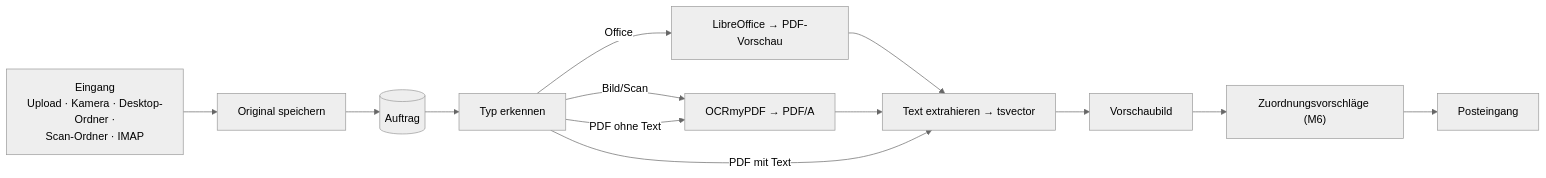
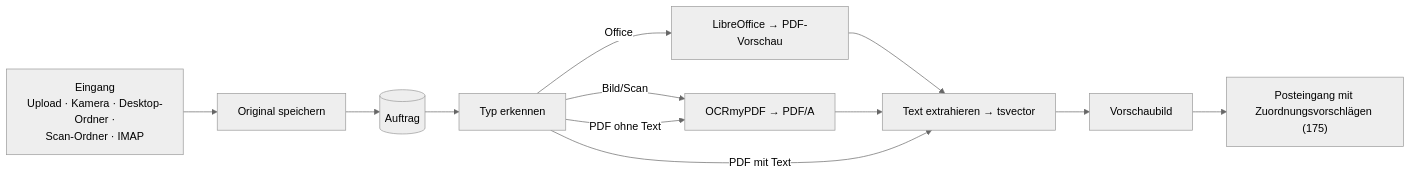
One commit to eckis-corner/myDocs changed the third of 5 diagrams in docs/architektur.md. Above: the diagram before and after it, drawn with Mermaid (neutral theme). The commit also changed other lines of this file and 37 other files, not shown here.

````diff
--- a/docs/architektur.md
+++ b/docs/architektur.md
@@ -132,15 +132,14 @@
 ```mermaid
 flowchart LR
     IN["Eingang<br/>Upload · Kamera · Desktop-Ordner ·<br/>Scan-Ordner · IMAP"] --> ST["Original speichern"]
     ST --> Q[("Auftrag")]
     Q --> W1["Typ erkennen"]
     W1 -->|Office| W2["LibreOffice → PDF-Vorschau"]
     W1 -->|Bild/Scan| W3["OCRmyPDF → PDF/A"]
     W1 -->|PDF ohne Text| W3
     W2 --> W4["Text extrahieren → tsvector"]
     W3 --> W4
     W1 -->|PDF mit Text| W4
     W4 --> W5["Vorschaubild"]
-    W5 --> W6["Zuordnungsvorschläge (M6)"]
-    W6 --> PE["Posteingang"]
+    W5 --> PE["Posteingang mit Zuordnungsvorschlägen (175)"]
 ```
````
